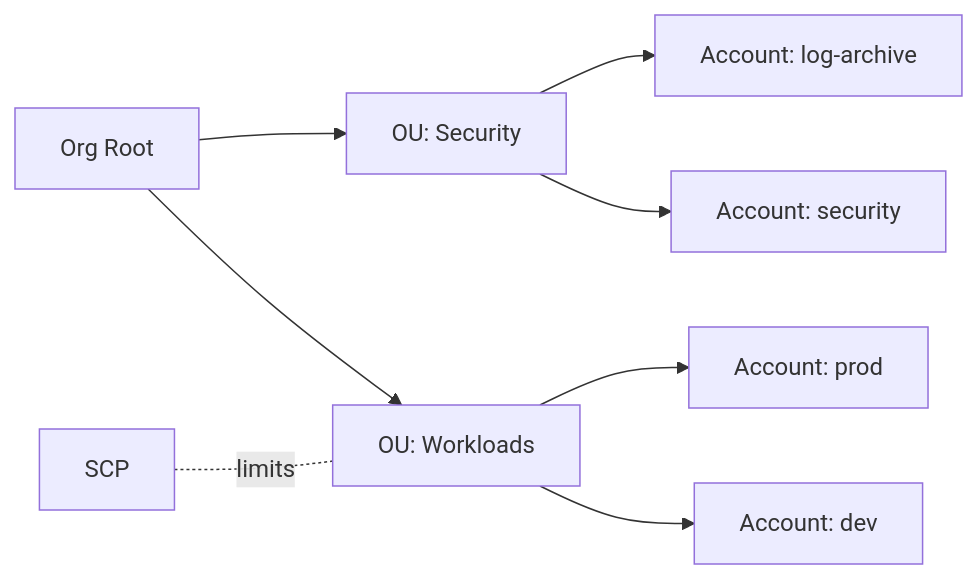
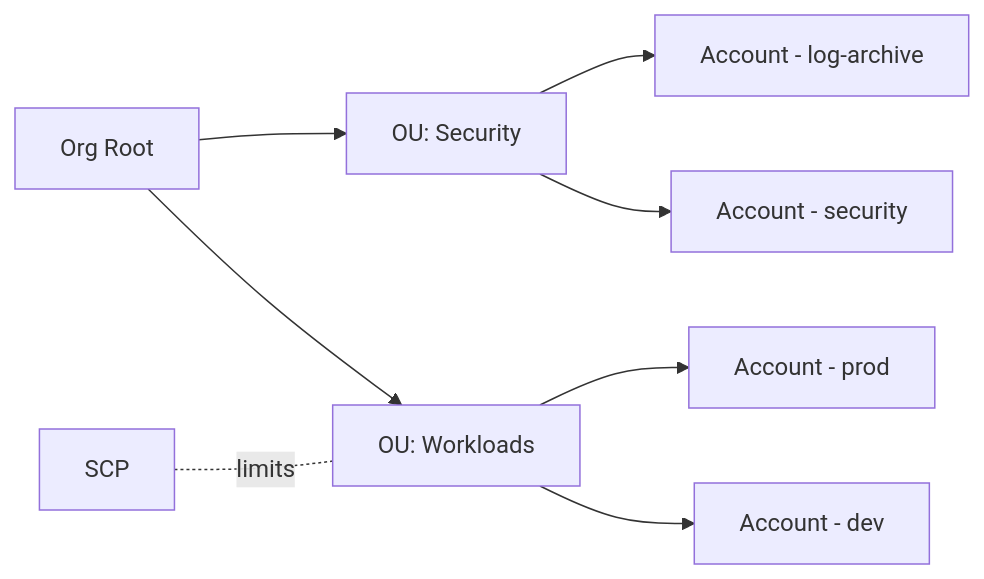
The third of 3 diagrams in aws-saa/week01-domain01-secure-architectures/day01/01-theory.md (niceguy61/aws-saa-lecture-2026), drawn with Mermaid before and after one commit. The commit also changed other lines of this file and 9 other files, not shown here.

Commit message:
Normalize mermaid labels to avoid special-char parse issues

````diff
--- a/aws-saa/week01-domain01-secure-architectures/day01/01-theory.md
+++ b/aws-saa/week01-domain01-secure-architectures/day01/01-theory.md
@@ -89,10 +89,10 @@
 ```mermaid
 flowchart LR
   Root[Org Root] --> OU1[OU: Security]
   Root --> OU2[OU: Workloads]
-  OU2 --> A1[Account: prod]
-  OU2 --> A2[Account: dev]
-  OU1 --> S1[Account: log-archive]
-  OU1 --> S2[Account: security]
+  OU2 --> A1[Account - prod]
+  OU2 --> A2[Account - dev]
+  OU1 --> S1[Account - log-archive]
+  OU1 --> S2[Account - security]
   SCP1[SCP] -. limits .- OU2
 ```
````
